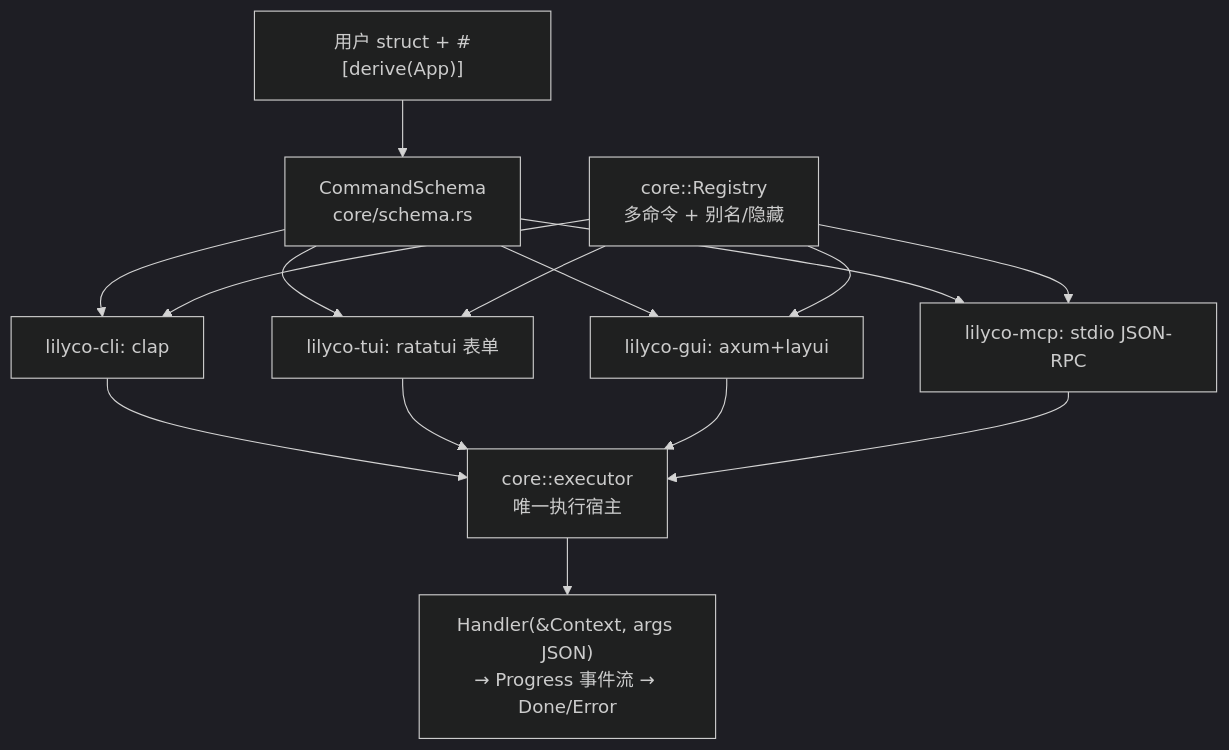
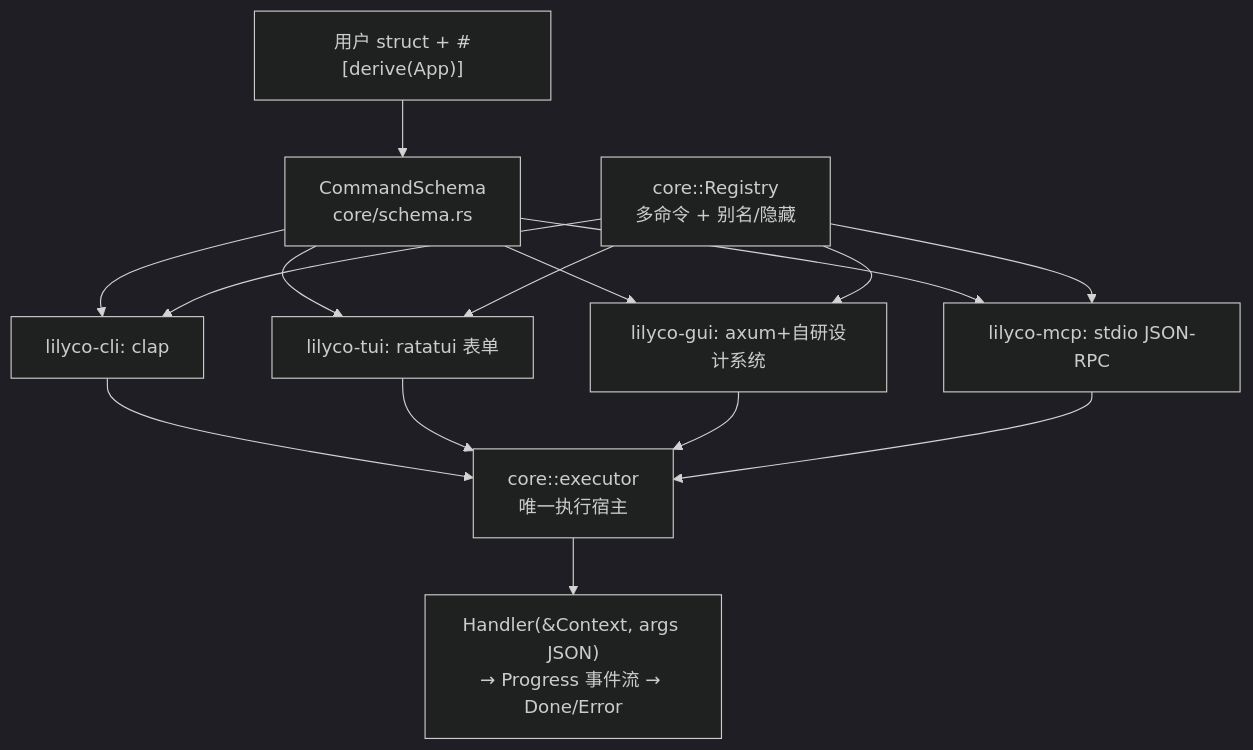
Before and after one commit to lilyco-42/lilyco: the diagram in docs/CODEGRAPH.md, drawn with Mermaid (dark theme). The commit also changed other lines of this file and 4 other files, not shown here.

First line of the commit message:
refactor(lilyco-gui): 控制台彻底组件化 —— 一个 ArgKind 一个组件，一个组件一个 init

````diff
--- a/docs/CODEGRAPH.md
+++ b/docs/CODEGRAPH.md
@@ -10,11 +10,11 @@
 ```mermaid
 flowchart TD
     A["用户 struct + #[derive(App)]"] --> B["CommandSchema<br/>core/schema.rs"]
     B --> C[lilyco-cli: clap]
     B --> D[lilyco-tui: ratatui 表单]
-    B --> E[lilyco-gui: axum+layui]
+    B --> E[lilyco-gui: axum+自研设计系统]
     B --> F[lilyco-mcp: stdio JSON-RPC]
     C & D & E & F --> G["core::executor<br/>唯一执行宿主"]
     G --> H["Handler(&Context, args JSON)<br/>→ Progress 事件流 → Done/Error"]
     R["core::Registry<br/>多命令 + 别名/隐藏"] --> C & D & E & F
 ```
````
